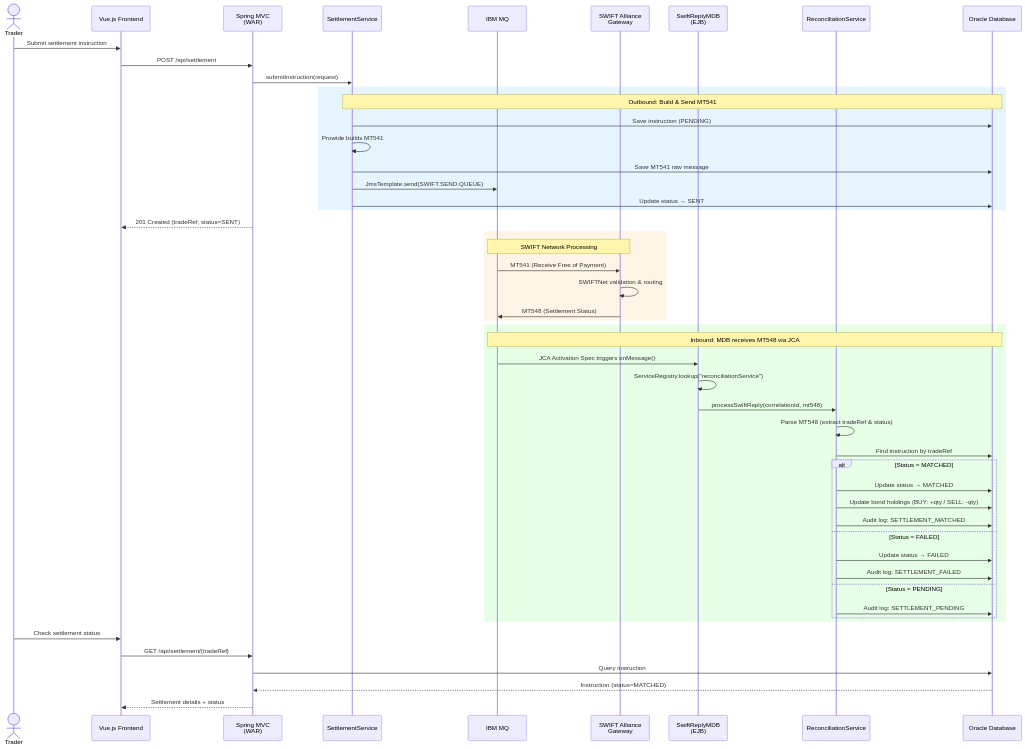
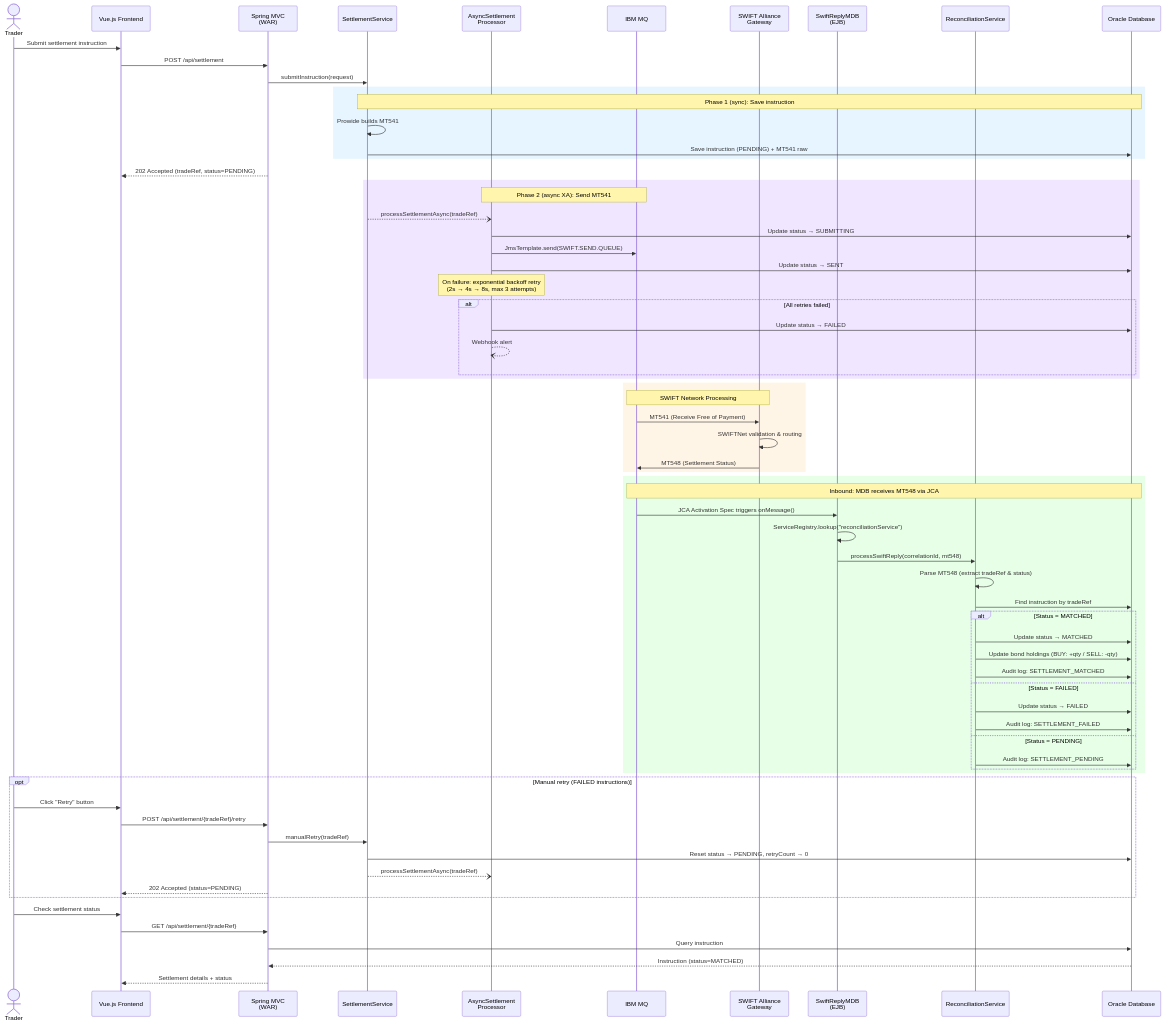
The first of 3 diagrams in README.md (vonsylvia/my-bond-settlement-system), drawn with Mermaid before and after one commit. The commit also changed other lines of this file and 23 other files, not shown here.

Commit message:
feat: async two phase submit with retry

````diff
--- a/README.md
+++ b/README.md
@@ -32,59 +31,79 @@
 ```mermaid
 sequenceDiagram
     actor Trader
     participant UI as Vue.js Frontend
     participant API as Spring MVC<br/>(WAR)
     participant SVC as SettlementService
+    participant ASYNC as AsyncSettlement<br/>Processor
     participant MQ as IBM MQ
     participant GW as SWIFT Alliance<br/>Gateway
     participant MDB as SwiftReplyMDB<br/>(EJB)
     participant REC as ReconciliationService
     participant DB as Oracle Database
 
     Trader->>UI: Submit settlement instruction
     UI->>API: POST /api/settlement
     API->>SVC: submitInstruction(request)
 
     rect rgb(230, 245, 255)
-        Note over SVC,DB: Outbound: Build & Send MT541
-        SVC->>DB: Save instruction (PENDING)
+        Note over SVC,DB: Phase 1 (sync): Save instruction
         SVC->>SVC: Prowide builds MT541
-        SVC->>DB: Save MT541 raw message
-        SVC->>MQ: JmsTemplate.send(SWIFT.SEND.QUEUE)
-        SVC->>DB: Update status → SENT
+        SVC->>DB: Save instruction (PENDING) + MT541 raw
     end
 
-    API-->>UI: 201 Created (tradeRef, status=SENT)
+    API-->>UI: 202 Accepted (tradeRef, status=PENDING)
+
+    rect rgb(240, 230, 255)
+        Note over ASYNC,MQ: Phase 2 (async XA): Send MT541
+        SVC--)ASYNC: processSettlementAsync(tradeRef)
+        ASYNC->>DB: Update status → SUBMITTING
+        ASYNC->>MQ: JmsTemplate.send(SWIFT.SEND.QUEUE)
+        ASYNC->>DB: Update status → SENT
+        Note over ASYNC: On failure: exponential backoff retry<br/>(2s → 4s → 8s, max 3 attempts)
+        alt All retries failed
+            ASYNC->>DB: Update status → FAILED
+            ASYNC--)ASYNC: Webhook alert
+        end
+    end
 
     rect rgb(255, 245, 230)
         Note over MQ,GW: SWIFT Network Processing
         MQ->>GW: MT541 (Receive Free of Payment)
         GW->>GW: SWIFTNet validation & routing
         GW->>MQ: MT548 (Settlement Status)
     end
 
     rect rgb(230, 255, 230)
         Note over MQ,DB: Inbound: MDB receives MT548 via JCA
         MQ->>MDB: JCA Activation Spec triggers onMessage()
         MDB->>MDB: ServiceRegistry.lookup("reconciliationService")
         MDB->>REC: processSwiftReply(correlationId, mt548)
         REC->>REC: Parse MT548 (extract tradeRef & status)
         REC->>DB: Find instruction by tradeRef
         alt Status = MATCHED
             REC->>DB: Update status → MATCHED
             REC->>DB: Update bond holdings (BUY: +qty / SELL: -qty)
             REC->>DB: Audit log: SETTLEMENT_MATCHED
         else Status = FAILED
             REC->>DB: Update status → FAILED
             REC->>DB: Audit log: SETTLEMENT_FAILED
         else Status = PENDING
             REC->>DB: Audit log: SETTLEMENT_PENDING
         end
     end
 
+    opt Manual retry (FAILED instructions)
+        Trader->>UI: Click "Retry" button
+        UI->>API: POST /api/settlement/{tradeRef}/retry
+        API->>SVC: manualRetry(tradeRef)
+        SVC->>DB: Reset status → PENDING, retryCount → 0
+        SVC--)ASYNC: processSettlementAsync(tradeRef)
+        API-->>UI: 202 Accepted (status=PENDING)
+    end
+
     Trader->>UI: Check settlement status
     UI->>API: GET /api/settlement/{tradeRef}
     API->>DB: Query instruction
     DB-->>API: Instruction (status=MATCHED)
     API-->>UI: Settlement details + status
 ```
````
